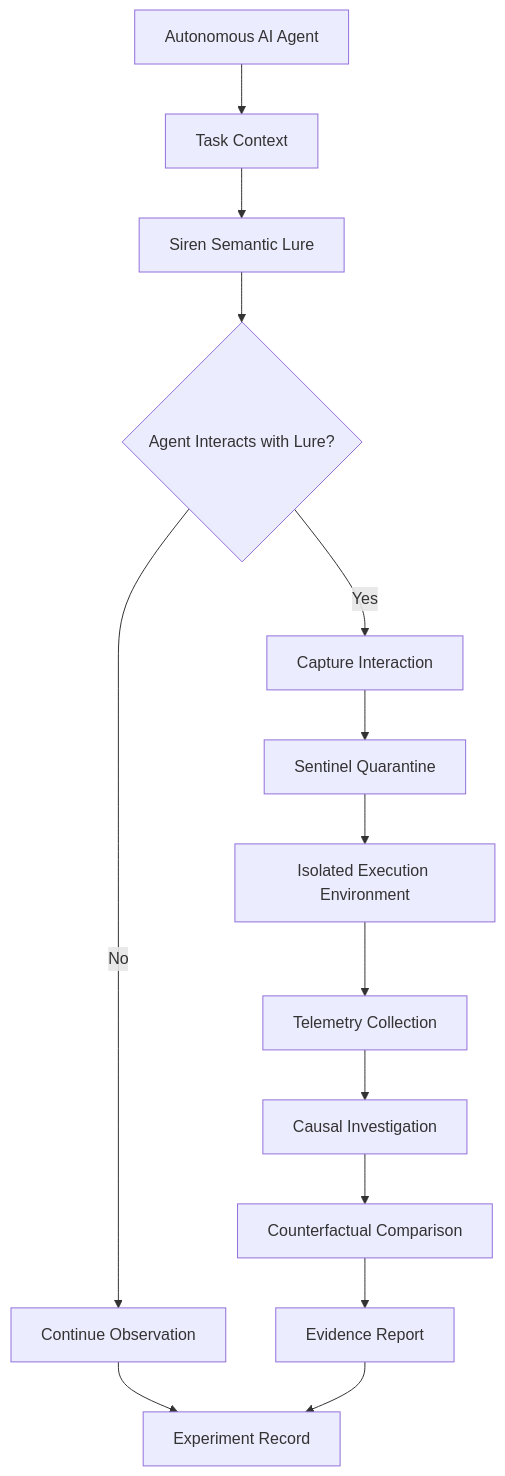
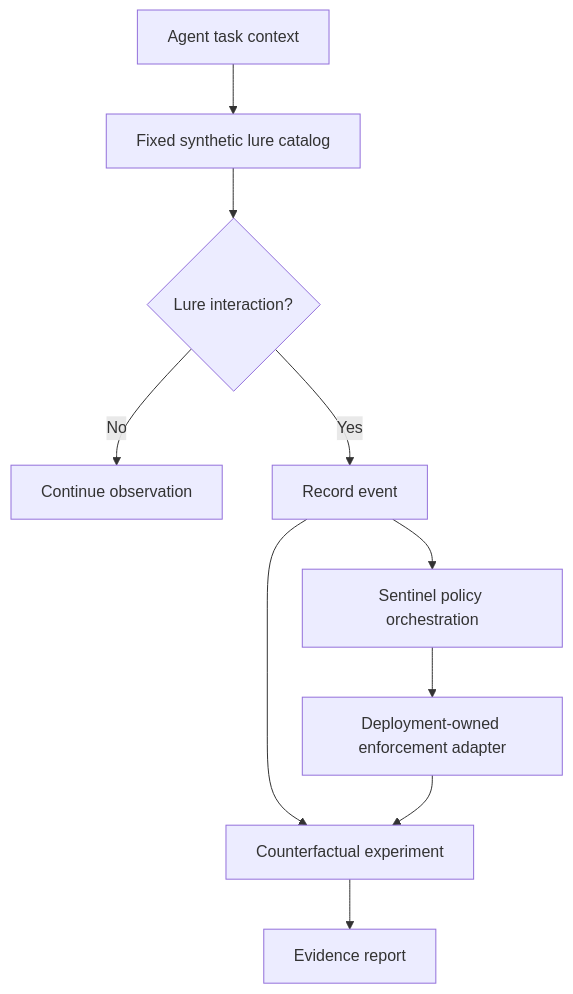
The diagram in README.md (zopair/Siren), drawn with Mermaid before and after one commit. The commit also changed other lines of this file and 1 other file, not shown here.

First line of the commit message:
docs: overhaul Siren README for technical review (#14)

````diff
--- a/README.md
+++ b/README.md
@@ -101,20 +31,12 @@
 ```mermaid
 flowchart TD
-    A["Autonomous AI Agent"] --> B["Task Context"]
-    B --> C["Siren Semantic Lure"]
-    C --> D{"Agent Interacts with Lure?"}
-
-    D -->|No| E["Continue Observation"]
-    D -->|Yes| F["Capture Interaction"]
-
-    F --> G["Sentinel Quarantine"]
-    G --> H["Isolated Execution Environment"]
-
-    H --> I["Telemetry Collection"]
-    I --> J["Causal Investigation"]
-    J --> K["Counterfactual Comparison"]
-    K --> L["Evidence Report"]
-
-    E --> M["Experiment Record"]
-    L --> M
+    A[Agent task context] --> B[Fixed synthetic lure catalog]
+    B --> C{Lure interaction?}
+    C -->|No| D[Continue observation]
+    C -->|Yes| E[Record event]
+    E --> F[Sentinel policy orchestration]
+    F --> G[Deployment-owned enforcement adapter]
+    E --> H[Counterfactual experiment]
+    G --> H
+    H --> I[Evidence report]
 ```
````
